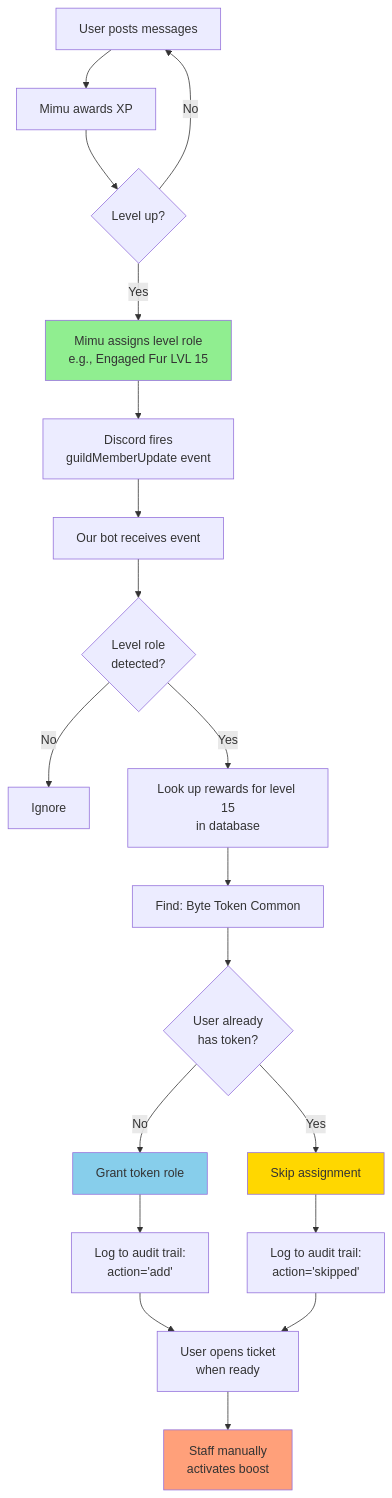
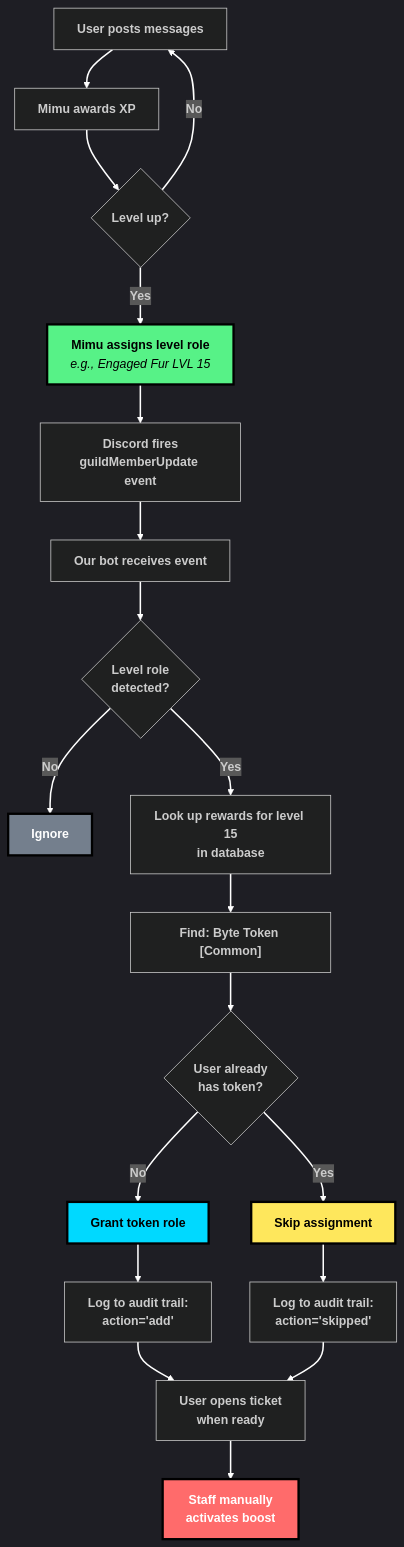
The fourth of 9 diagrams in docs/roadmap/ROLE_AUTOMATION_PLAN.md (watchthelight/pawtech-v2), drawn with Mermaid before and after one commit. The commit also changed other lines of this file, not shown here.

Commit message:
Chart visibility updates

````diff
--- a/docs/roadmap/ROLE_AUTOMATION_PLAN.md
+++ b/docs/roadmap/ROLE_AUTOMATION_PLAN.md
@@ -366,26 +375,30 @@
 ```mermaid
+%%{init: {'theme':'dark', 'themeVariables': { 'fontSize':'16px'}}}%%
 flowchart TD
-    A[User posts messages] --> B[Mimu awards XP]
-    B --> C{Level up?}
-    C -->|Yes| D[Mimu assigns level role<br/>e.g., Engaged Fur LVL 15]
-    C -->|No| A
-    D --> E[Discord fires<br/>guildMemberUpdate event]
-    E --> F[Our bot receives event]
-    F --> G{Level role<br/>detected?}
-    G -->|No| Z[Ignore]
-    G -->|Yes| H[Look up rewards for level 15<br/>in database]
-    H --> I[Find: Byte Token Common]
-    I --> J{User already<br/>has token?}
-    J -->|No| K[Grant token role]
-    J -->|Yes| L[Skip assignment]
-    K --> M[Log to audit trail:<br/>action='add']
-    L --> N[Log to audit trail:<br/>action='skipped']
-    M --> O[User opens ticket<br/>when ready]
+    A["<b>User posts messages</b>"] --> B["<b>Mimu awards XP</b>"]
+    B --> C{"<b>Level up?</b>"}
+    C -->|"<b>Yes</b>"| D["<b>Mimu assigns level role</b><br/><i>e.g., Engaged Fur LVL 15</i>"]
+    C -->|"<b>No</b>"| A
+    D --> E["<b>Discord fires</b><br/><b>guildMemberUpdate event</b>"]
+    E --> F["<b>Our bot receives event</b>"]
+    F --> G{"<b>Level role<br/>detected?</b>"}
+    G -->|"<b>No</b>"| Z["<b>Ignore</b>"]
+    G -->|"<b>Yes</b>"| H["<b>Look up rewards for level 15</b><br/><b>in database</b>"]
+    H --> I["<b>Find: Byte Token [Common]</b>"]
+    I --> J{"<b>User already<br/>has token?</b>"}
+    J -->|"<b>No</b>"| K["<b>Grant token role</b>"]
+    J -->|"<b>Yes</b>"| L["<b>Skip assignment</b>"]
+    K --> M["<b>Log to audit trail:</b><br/><b>action='add'</b>"]
+    L --> N["<b>Log to audit trail:</b><br/><b>action='skipped'</b>"]
+    M --> O["<b>User opens ticket<br/>when ready</b>"]
     N --> O
-    O --> P[Staff manually<br/>activates boost]
+    O --> P["<b>Staff manually<br/>activates boost</b>"]
 
-    style D fill:#90EE90
-    style K fill:#87CEEB
-    style L fill:#FFD700
-    style P fill:#FFA07A
+    style D fill:#57F287,stroke:#000,stroke-width:3px,color:#000
+    style K fill:#00D9FF,stroke:#000,stroke-width:3px,color:#000
+    style L fill:#FEE75C,stroke:#000,stroke-width:3px,color:#000
+    style P fill:#FF6B6B,stroke:#000,stroke-width:3px,color:#fff
+    style Z fill:#747F8D,stroke:#000,stroke-width:3px,color:#fff
+
+    linkStyle default stroke:#fff,stroke-width:2px
 ```
````
